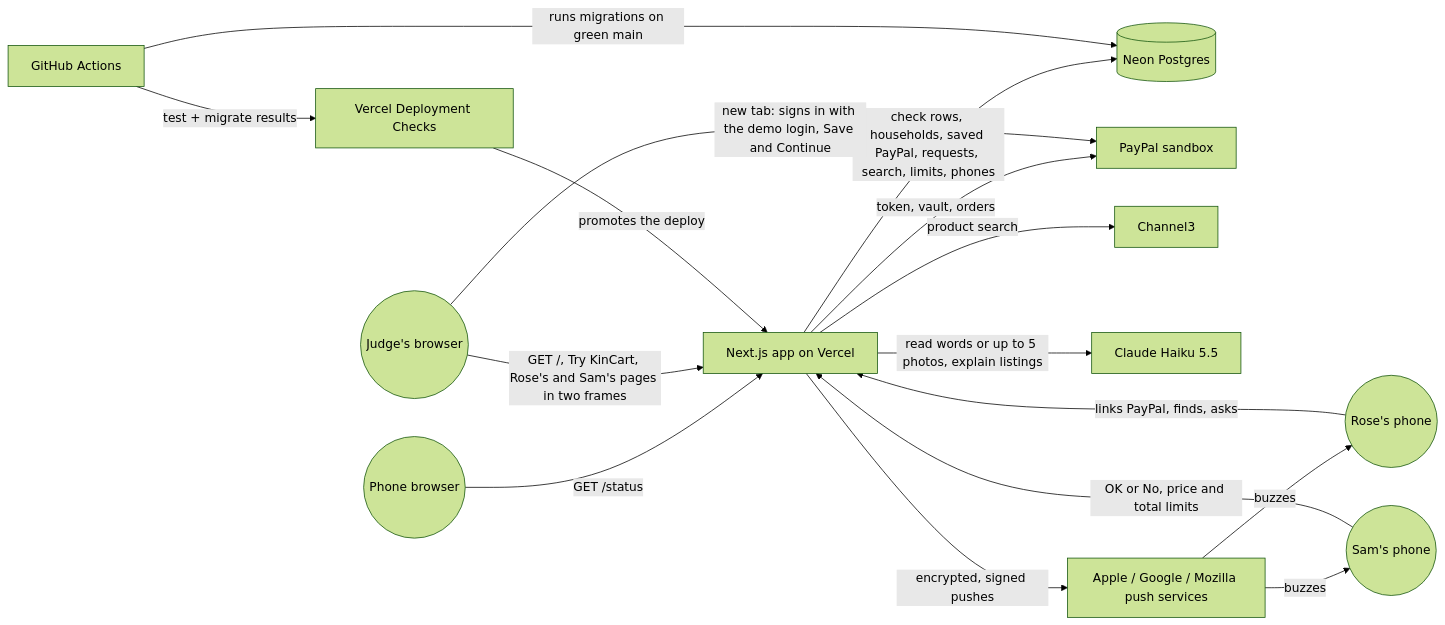
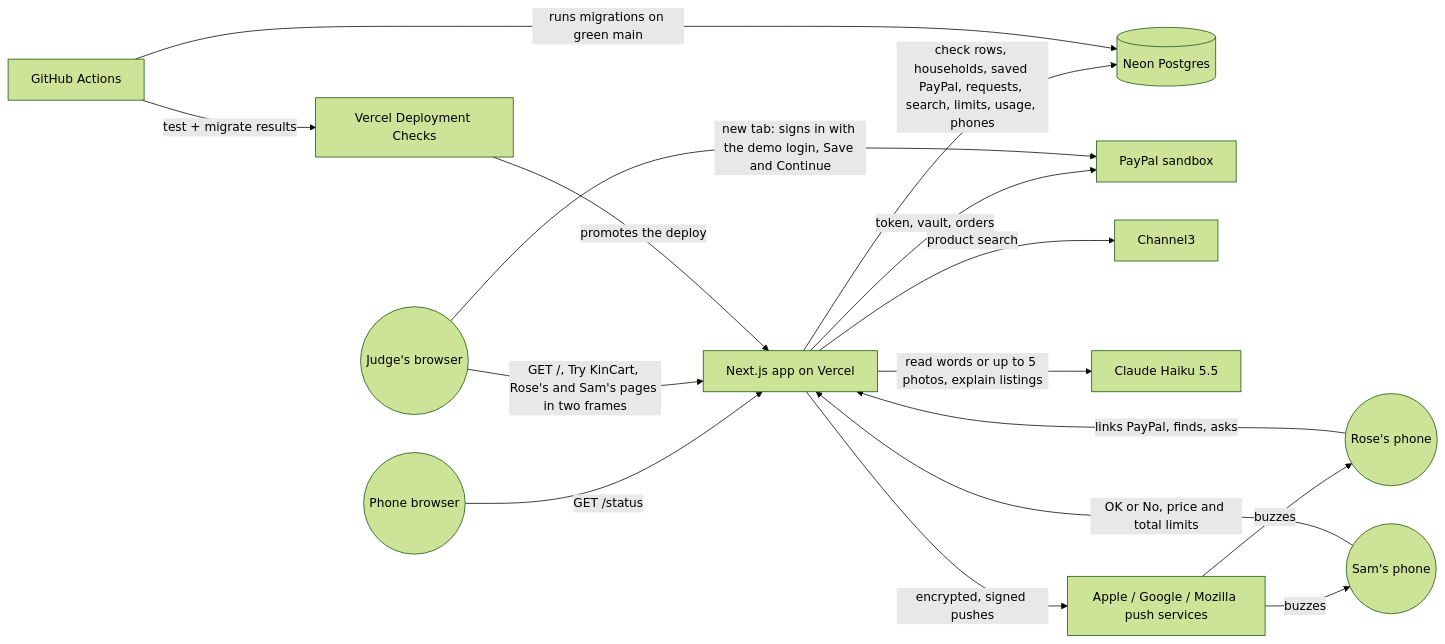
Before and after one commit to dzaffren/kincart: the first of 2 diagrams in docs/ARCHITECTURE.md, drawn with Mermaid (forest theme). The commit also changed other lines of this file and 25 other files, not shown here.

````diff
--- a/docs/ARCHITECTURE.md
+++ b/docs/ARCHITECTURE.md
@@ -7,17 +7,17 @@
 ```mermaid
 flowchart LR
     U((Phone browser)) -- "GET /status" --> APP[Next.js app on Vercel]
     J((Judge's browser)) -- "GET /, Try KinCart, Rose's and Sam's pages in two frames" --> APP
     R((Rose's phone)) -- "links PayPal, finds, asks" --> APP
     S((Sam's phone)) -- "OK or No, price and total limits" --> APP
-    APP -- "check rows, households, saved PayPal, requests, search, limits, phones" --> NEON[(Neon Postgres)]
+    APP -- "check rows, households, saved PayPal, requests, search, limits, usage, phones" --> NEON[(Neon Postgres)]
     APP -- "token, vault, orders" --> PP[PayPal sandbox]
     J -- "new tab: signs in with the demo login, Save and Continue" --> PP
     APP -- "product search" --> C3[Channel3]
     APP -- "read words or up to 5 photos, explain listings" --> CL[Claude Haiku 5.5]
     APP -- "encrypted, signed pushes" --> PS[Apple / Google / Mozilla push services]
     PS -- "buzzes" --> R & S
     GH[GitHub Actions] -- "runs migrations on green main" --> NEON
     GH -- "test + migrate results" --> VC[Vercel Deployment Checks]
     VC -- "promotes the deploy" --> APP
 ```
````
